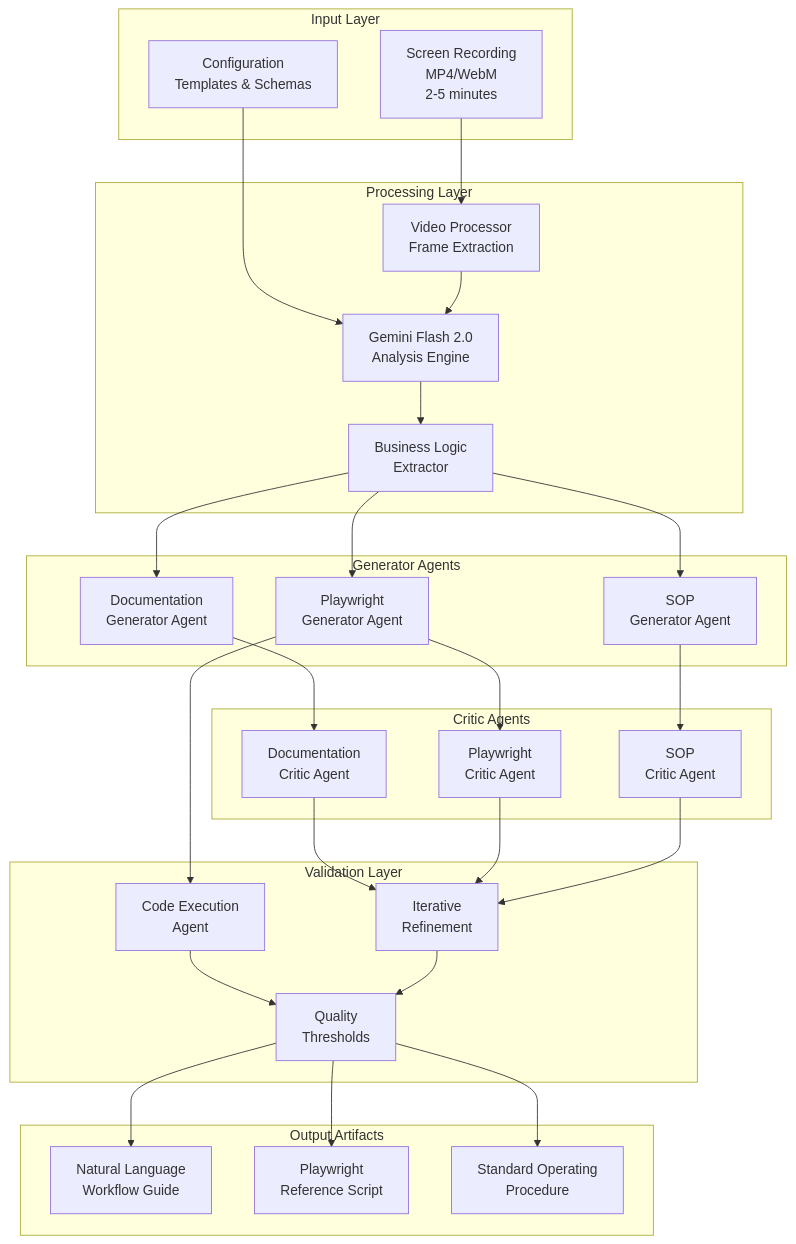
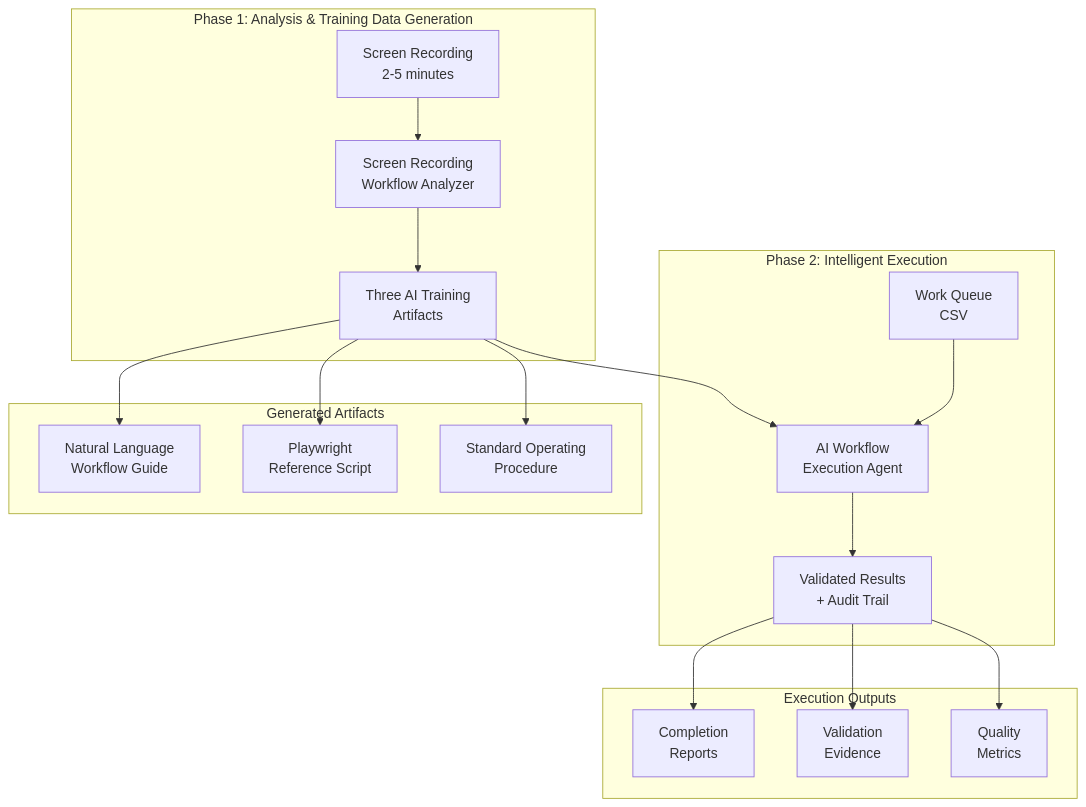
Before and after one commit to Alberto-Codes/agent-workflow-suite: the first of 5 diagrams in README.md, drawn with Mermaid. The commit also changed other lines of this file, not shown here.

Commit message:
docs(readme): add comprehensive technical details including ADK callback system, QA validation components, and multi-agent protocols

````diff
--- a/README.md
+++ b/README.md
@@ -59,61 +26,25 @@
 ```mermaid
 graph TB
-    subgraph "Input Layer"
-        VI[Screen Recording<br/>MP4/WebM<br/>2-5 minutes]
-        CONFIG[Configuration<br/>Templates & Schemas]
+    subgraph "Phase 1: Analysis & Training Data Generation"
+        VIDEO[Screen Recording<br/>2-5 minutes] --> ANALYZER[Screen Recording<br/>Workflow Analyzer]
+        ANALYZER --> ARTIFACTS[Three AI Training<br/>Artifacts]
     end
-
-    subgraph "Processing Layer"
-        VP[Video Processor<br/>Frame Extraction]
-        GA[Gemini Flash 2.0<br/>Analysis Engine]
-        BLE[Business Logic<br/>Extractor]
+    
+    subgraph "Phase 2: Intelligent Execution"
+        ARTIFACTS --> EXECUTOR[AI Workflow<br/>Execution Agent]
+        CSV[Work Queue<br/>CSV] --> EXECUTOR
+        EXECUTOR --> RESULTS[Validated Results<br/>+ Audit Trail]
     end
-
-    subgraph "Generator Agents"
-        DGA[Documentation<br/>Generator Agent]
-        PGA[Playwright<br/>Generator Agent]
-        SGA[SOP<br/>Generator Agent]
+    
+    subgraph "Generated Artifacts"
+        ARTIFACTS --> NLG[Natural Language<br/>Workflow Guide]
+        ARTIFACTS --> PSC[Playwright<br/>Reference Script]
+        ARTIFACTS --> SOP[Standard Operating<br/>Procedure]
     end
-
-    subgraph "Critic Agents"
-        DCA[Documentation<br/>Critic Agent]
-        PCA[Playwright<br/>Critic Agent]
-        SCA[SOP<br/>Critic Agent]
+    
+    subgraph "Execution Outputs"
+        RESULTS --> COMPLETION[Completion<br/>Reports]
+        RESULTS --> EVIDENCE[Validation<br/>Evidence]
+        RESULTS --> METRICS[Quality<br/>Metrics]
     end
-
-    subgraph "Validation Layer"
-        CEA[Code Execution<br/>Agent]
-        QT[Quality<br/>Thresholds]
-        IR[Iterative<br/>Refinement]
-    end
-
-    subgraph "Output Artifacts"
-        NL[Natural Language<br/>Workflow Guide]
-        PS[Playwright<br/>Reference Script]
-        SOP[Standard Operating<br/>Procedure]
-    end
-
-    VI --> VP
-    CONFIG --> GA
-    VP --> GA
-    GA --> BLE
-    BLE --> DGA
-    BLE --> PGA
-    BLE --> SGA
-
-    DGA --> DCA
-    PGA --> PCA
-    SGA --> SCA
-
-    DCA --> IR
-    PCA --> IR
-    SCA --> IR
-
-    PGA --> CEA
-    CEA --> QT
-    IR --> QT
-
-    QT --> NL
-    QT --> PS
-    QT --> SOP
 ```
````
